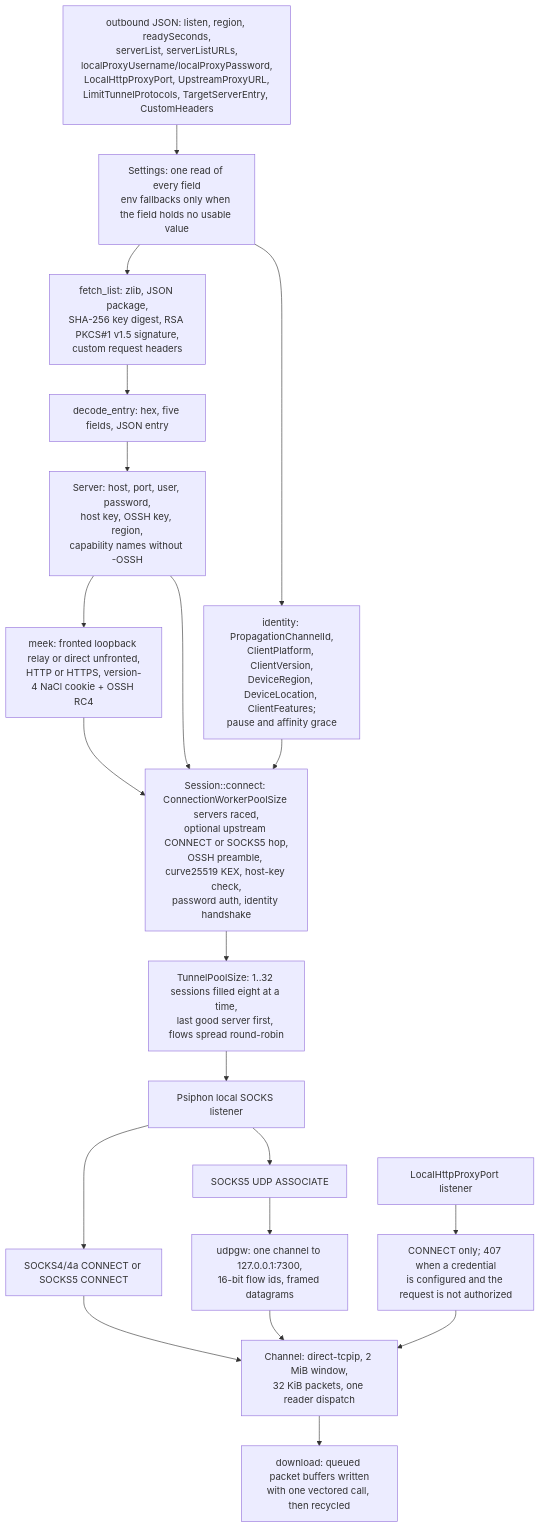
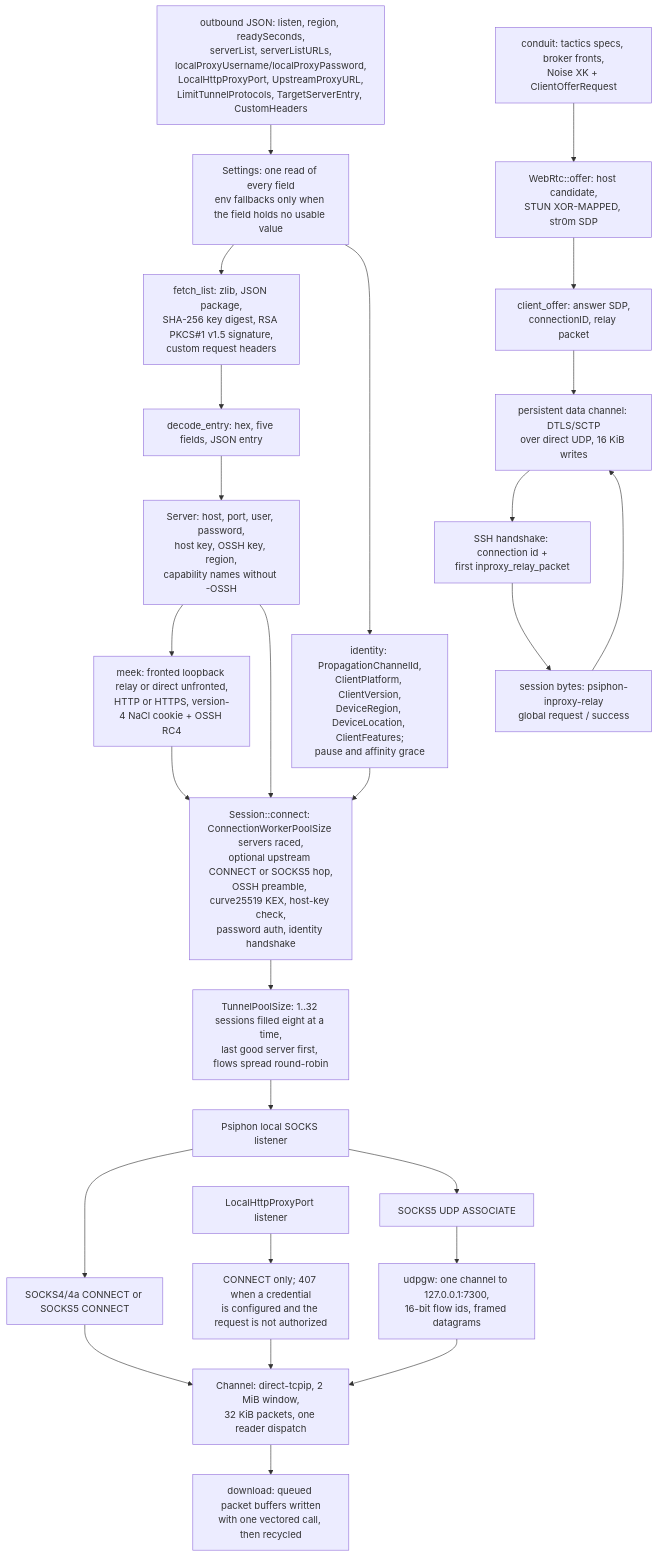
The diagram in docs/function/carrier-psiphon.md (Ferrocite/ferrox), drawn with Mermaid before and after one commit. The commit also changed other lines of this file and 9 other files, not shown here.

Commit message:
psiphon: tunnel the native SSH session through the WebRTC conduit

````diff
--- a/docs/function/carrier-psiphon.md
+++ b/docs/function/carrier-psiphon.md
@@ -7,22 +7,28 @@
 ```mermaid
 graph TD
     A["outbound JSON: listen, region, readySeconds,<br/>serverList, serverListURLs,<br/>localProxyUsername/localProxyPassword,<br/>LocalHttpProxyPort, UpstreamProxyURL,<br/>LimitTunnelProtocols, TargetServerEntry, CustomHeaders"] --> B["Settings: one read of every field<br/>env fallbacks only when the field holds no usable value"]
     B --> C["fetch_list: zlib, JSON package,<br/>SHA-256 key digest, RSA PKCS#1 v1.5 signature,<br/>custom request headers"]
     B --> B2["identity: PropagationChannelId,<br/>ClientPlatform, ClientVersion,<br/>DeviceRegion, DeviceLocation, ClientFeatures;<br/>pause and affinity grace"]
     C --> D["decode_entry: hex, five fields, JSON entry"]
     D --> E["Server: host, port, user, password,<br/>host key, OSSH key, region,<br/>capability names without -OSSH"]
     E --> E2["meek: fronted loopback relay or direct unfronted,<br/>HTTP or HTTPS, version-4 NaCl cookie + OSSH RC4"]
     E2 --> F
     E --> F["Session::connect: ConnectionWorkerPoolSize servers raced,<br/>optional upstream CONNECT or SOCKS5 hop,<br/>OSSH preamble, curve25519 KEX, host-key check,<br/>password auth, identity handshake"]
     B2 --> F
     F --> P["TunnelPoolSize: 1..32 sessions filled eight at a time,<br/>last good server first, flows spread round-robin"]
     P --> G["Psiphon local SOCKS listener"]
     G --> H["SOCKS4/4a CONNECT or SOCKS5 CONNECT"]
     H --> I["Channel: direct-tcpip, 2 MiB window,<br/>32 KiB packets, one reader dispatch"]
     I --> Z["download: queued packet buffers written<br/>with one vectored call, then recycled"]
     G --> J["SOCKS5 UDP ASSOCIATE"]
     J --> K["udpgw: one channel to 127.0.0.1:7300,<br/>16-bit flow ids, framed datagrams"]
     K --> I
     L["LocalHttpProxyPort listener"] --> M["CONNECT only; 407 when a credential<br/>is configured and the request is not authorized"]
     M --> I
+    N["conduit: tactics specs, broker fronts,<br/>Noise XK + ClientOfferRequest"] --> O["WebRtc::offer: host candidate,<br/>STUN XOR-MAPPED, str0m SDP"]
+    O --> Q["client_offer: answer SDP,<br/>connectionID, relay packet"]
+    Q --> R["persistent data channel: DTLS/SCTP<br/>over direct UDP, 16 KiB writes"]
+    R --> S["SSH handshake: connection id +<br/>first inproxy_relay_packet"]
+    S --> T["session bytes: psiphon-inproxy-relay<br/>global request / success"]
+    T --> R
 ```
````
